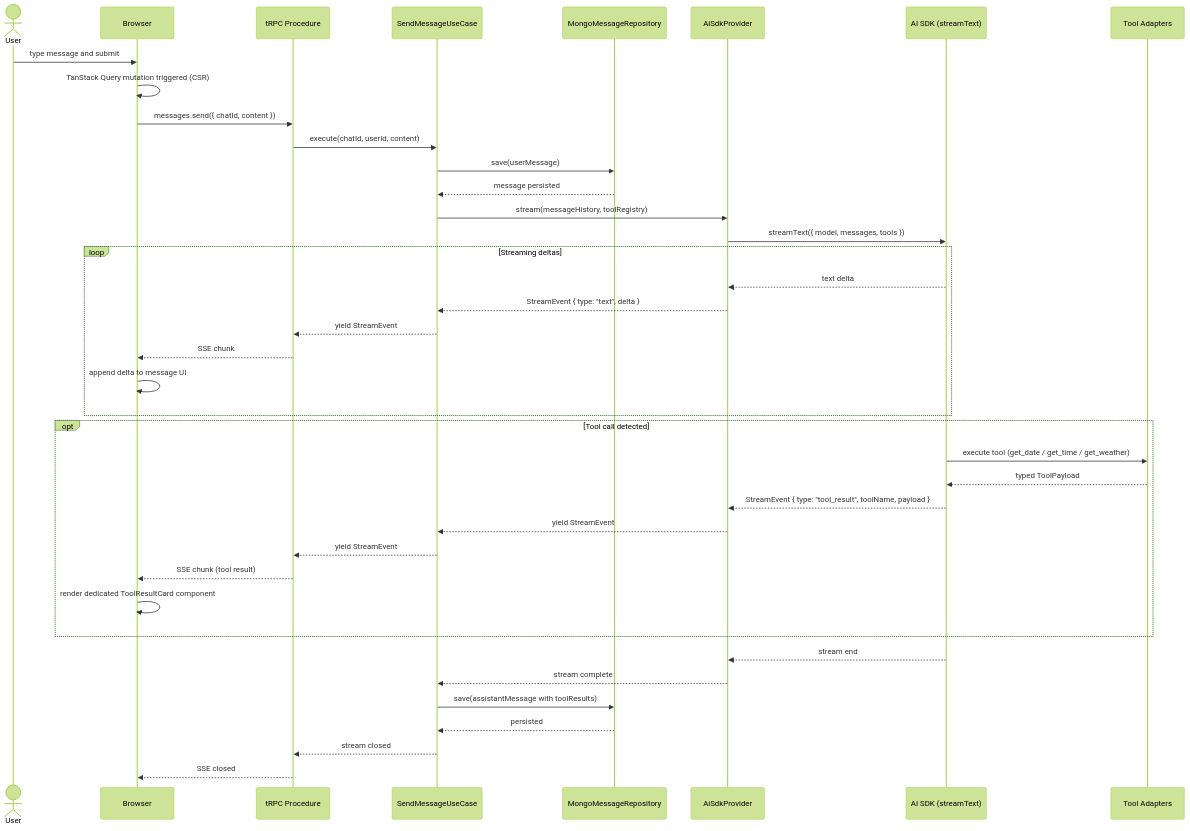
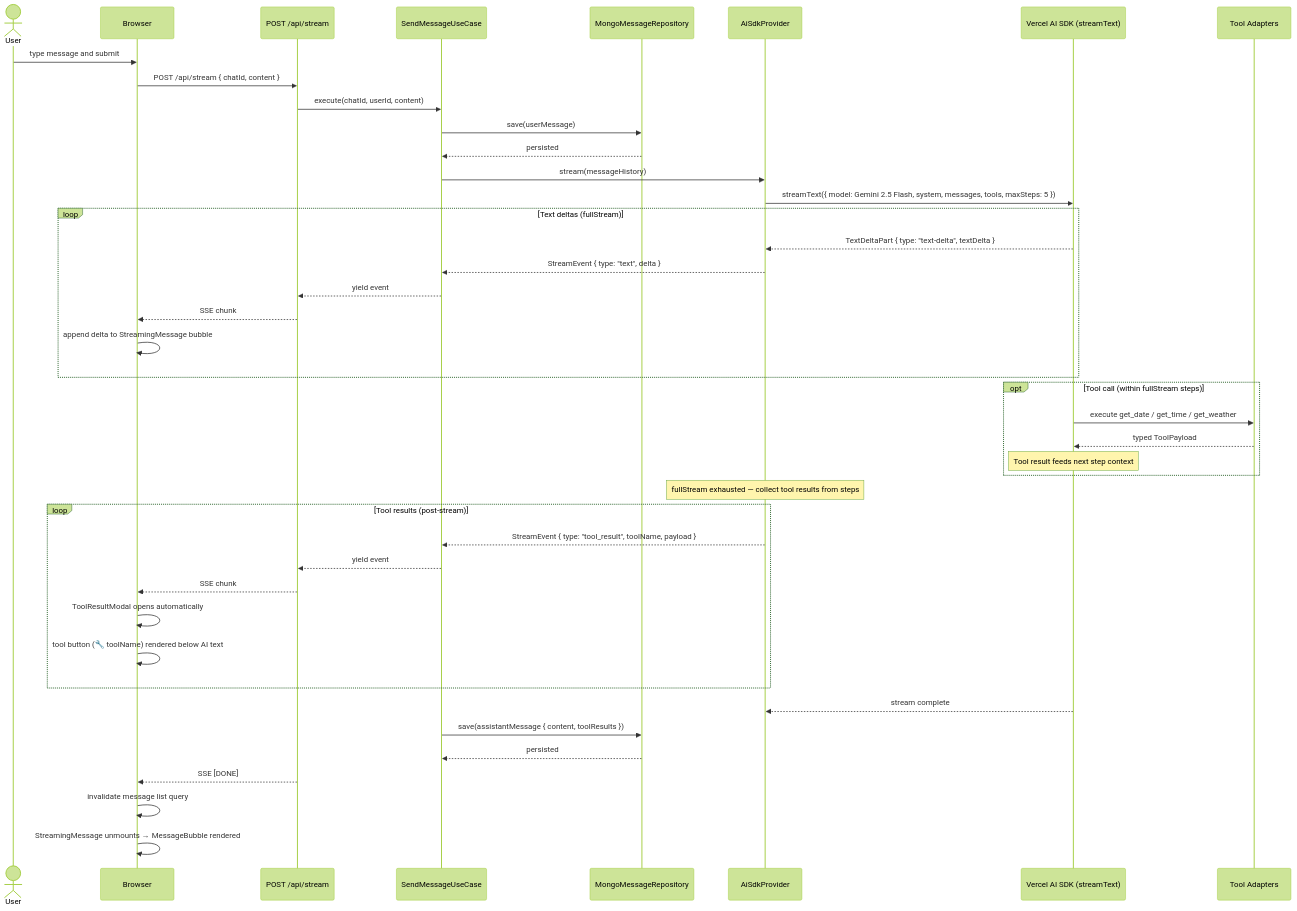
One commit to Gabi-Einz/ai-assistant changed the sixth of 10 diagrams in openspec/diagrams.md. Above: the diagram before and after it, drawn with Mermaid (forest theme). The commit also changed other lines of this file, not shown here.

Commit message:
update diagrams

````diff
--- a/openspec/diagrams.md
+++ b/openspec/diagrams.md
@@ -302,47 +315,51 @@
 ```mermaid
 sequenceDiagram
     actor User
     participant Browser
-    participant tRPC as tRPC Procedure
+    participant SSE as POST /api/stream
     participant UC as SendMessageUseCase
     participant MsgRepo as MongoMessageRepository
     participant AI as AiSdkProvider
-    participant AISDK as AI SDK (streamText)
+    participant AISDK as Vercel AI SDK (streamText)
     participant Tools as Tool Adapters
 
     User->>Browser: type message and submit
-    Browser->>Browser: TanStack Query mutation triggered (CSR)
-    Browser->>tRPC: messages.send({ chatId, content })
-    tRPC->>UC: execute(chatId, userId, content)
+    Browser->>SSE: POST /api/stream { chatId, content }
+    SSE->>UC: execute(chatId, userId, content)
 
     UC->>MsgRepo: save(userMessage)
-    MsgRepo-->>UC: message persisted
+    MsgRepo-->>UC: persisted
 
-    UC->>AI: stream(messageHistory, toolRegistry)
-    AI->>AISDK: streamText({ model, messages, tools })
+    UC->>AI: stream(messageHistory)
+    AI->>AISDK: streamText({ model: Gemini 2.5 Flash, system, messages, tools, maxSteps: 5 })
 
-    loop Streaming deltas
-        AISDK-->>AI: text delta
+    loop Text deltas (fullStream)
+        AISDK-->>AI: TextDeltaPart { type: "text-delta", textDelta }
         AI-->>UC: StreamEvent { type: "text", delta }
-        UC-->>tRPC: yield StreamEvent
-        tRPC-->>Browser: SSE chunk
-        Browser->>Browser: append delta to message UI
+        UC-->>SSE: yield event
+        SSE-->>Browser: SSE chunk
+        Browser->>Browser: append delta to StreamingMessage bubble
     end
 
-    opt Tool call detected
-        AISDK->>Tools: execute tool (get_date / get_time / get_weather)
+    opt Tool call (within fullStream steps)
+        AISDK->>Tools: execute get_date / get_time / get_weather
         Tools-->>AISDK: typed ToolPayload
-        AISDK-->>AI: StreamEvent { type: "tool_result", toolName, payload }
-        AI-->>UC: yield StreamEvent
-        UC-->>tRPC: yield StreamEvent
-        tRPC-->>Browser: SSE chunk (tool result)
-        Browser->>Browser: render dedicated ToolResultCard component
+        Note over AISDK: Tool result feeds next step context
     end
 
-    AISDK-->>AI: stream end
-    AI-->>UC: stream complete
-    UC->>MsgRepo: save(assistantMessage with toolResults)
+    Note over AI: fullStream exhausted — collect tool results from steps
+    loop Tool results (post-stream)
+        AI-->>UC: StreamEvent { type: "tool_result", toolName, payload }
+        UC-->>SSE: yield event
+        SSE-->>Browser: SSE chunk
+        Browser->>Browser: ToolResultModal opens automatically
+        Browser->>Browser: tool button (🔧 toolName) rendered below AI text
+    end
+
+    AISDK-->>AI: stream complete
+    UC->>MsgRepo: save(assistantMessage { content, toolResults })
     MsgRepo-->>UC: persisted
-    UC-->>tRPC: stream closed
-    tRPC-->>Browser: SSE closed
+    SSE-->>Browser: SSE [DONE]
+    Browser->>Browser: invalidate message list query
+    Browser->>Browser: StreamingMessage unmounts → MessageBubble rendered
 ```
````
